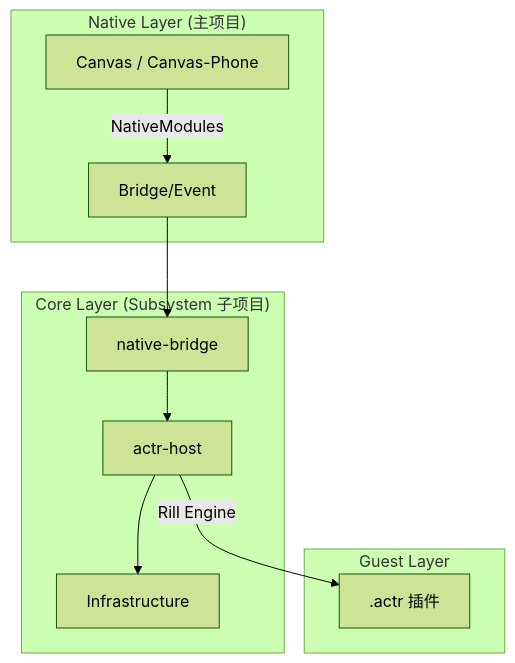
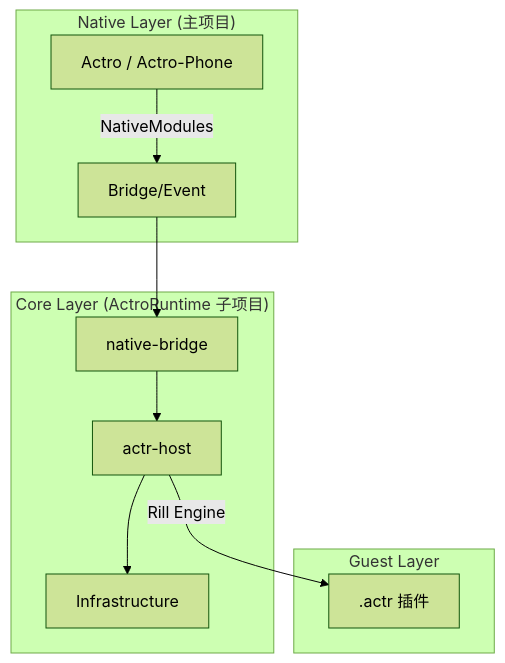
Before and after one commit to Actrium/actrium: the diagram in .import/actro/apps/ios/actro/AGENTS.md, drawn with Mermaid (forest theme). The commit also changed other lines of this file and 234 other files, not shown here.

````diff
--- a/.import/actro/apps/ios/actro/AGENTS.md
+++ b/.import/actro/apps/ios/actro/AGENTS.md
@@ -9,16 +9,16 @@
 ```mermaid
 graph TD
     subgraph "Native Layer (主项目)"
-        A[Canvas / Canvas-Phone] -->|NativeModules| B[Bridge/Event]
+        A[Actro / Actro-Phone] -->|NativeModules| B[Bridge/Event]
     end
 
-    subgraph "Core Layer (Subsystem 子项目)"
+    subgraph "Core Layer (ActroRuntime 子项目)"
         B --> C[native-bridge]
         C --> D[actr-host]
         D --> E[Infrastructure]
     end
 
     subgraph "Guest Layer"
         D -->|Rill Engine| F[.actr 插件]
     end
 ```
````
